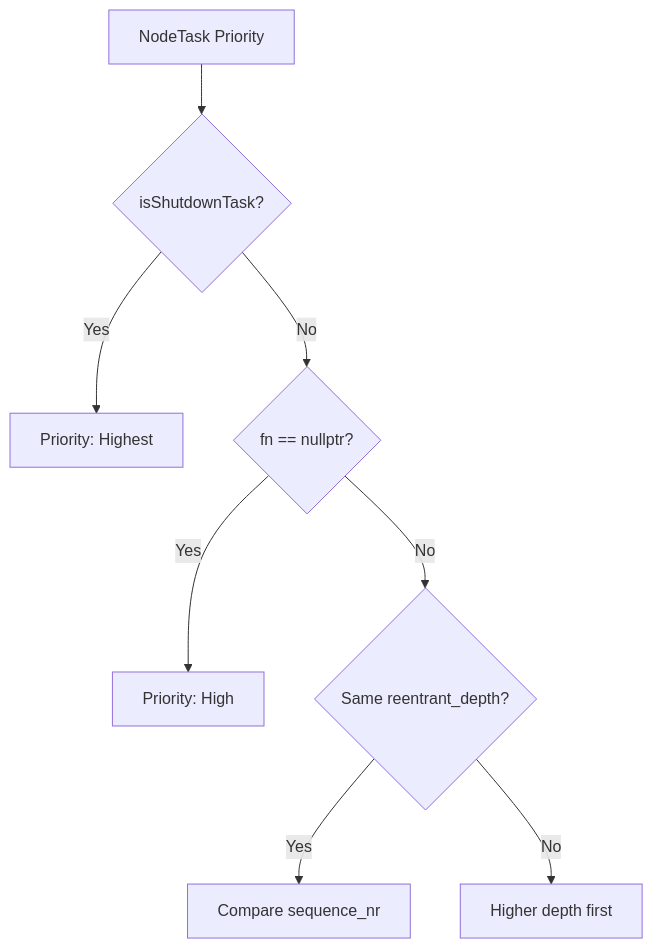
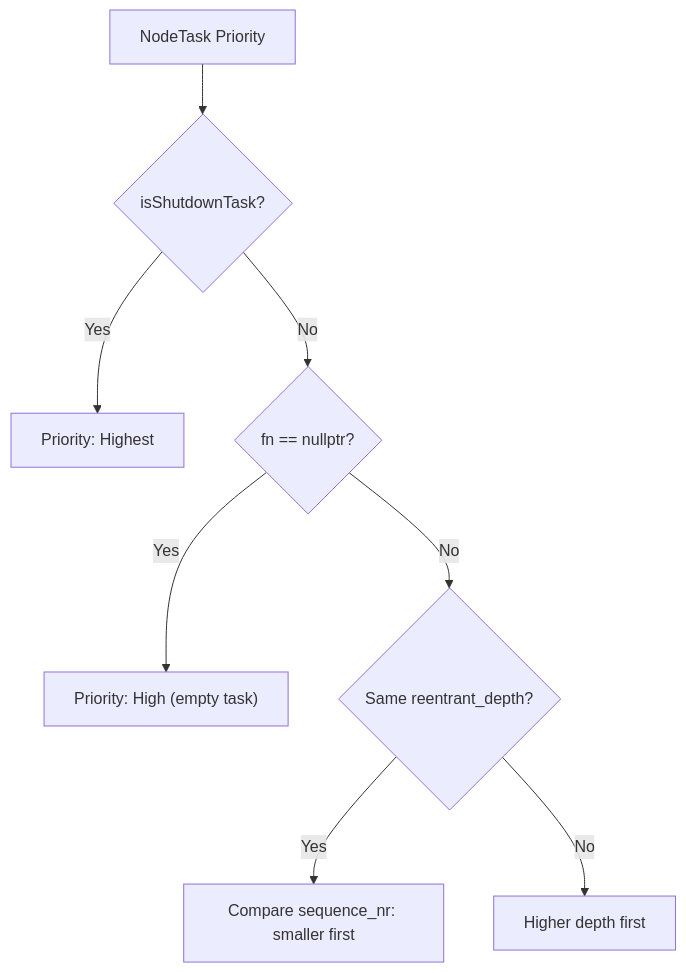
Before and after one commit to s0okiym/share: the fourth of 11 diagrams in torch/opencode_kimi_autograd_engine.md, drawn with Mermaid. The commit also changed other lines of this file and 21 other files, not shown here.

````diff
--- a/torch/opencode_kimi_autograd_engine.md
+++ b/torch/opencode_kimi_autograd_engine.md
@@ -341,10 +354,10 @@
 ```mermaid
 flowchart TD
-    A[NodeTask Priority] --> B{isShutdownTask?}
-    B -->|Yes| C[Priority: Highest]
-    B -->|No| D{fn == nullptr?}
-    D -->|Yes| E[Priority: High]
-    D -->|No| F{Same reentrant_depth?}
-    F -->|Yes| G[Compare sequence_nr]
-    F -->|No| H[Higher depth first]
+    A["NodeTask Priority"] --> B{"isShutdownTask?"}
+    B -->|Yes| C["Priority: Highest"]
+    B -->|No| D{"fn == nullptr?"}
+    D -->|Yes| E["Priority: High (empty task)"]
+    D -->|No| F{"Same reentrant_depth?"}
+    F -->|Yes| G["Compare sequence_nr: smaller first"]
+    F -->|No| H["Higher depth first"]
 ```
````
